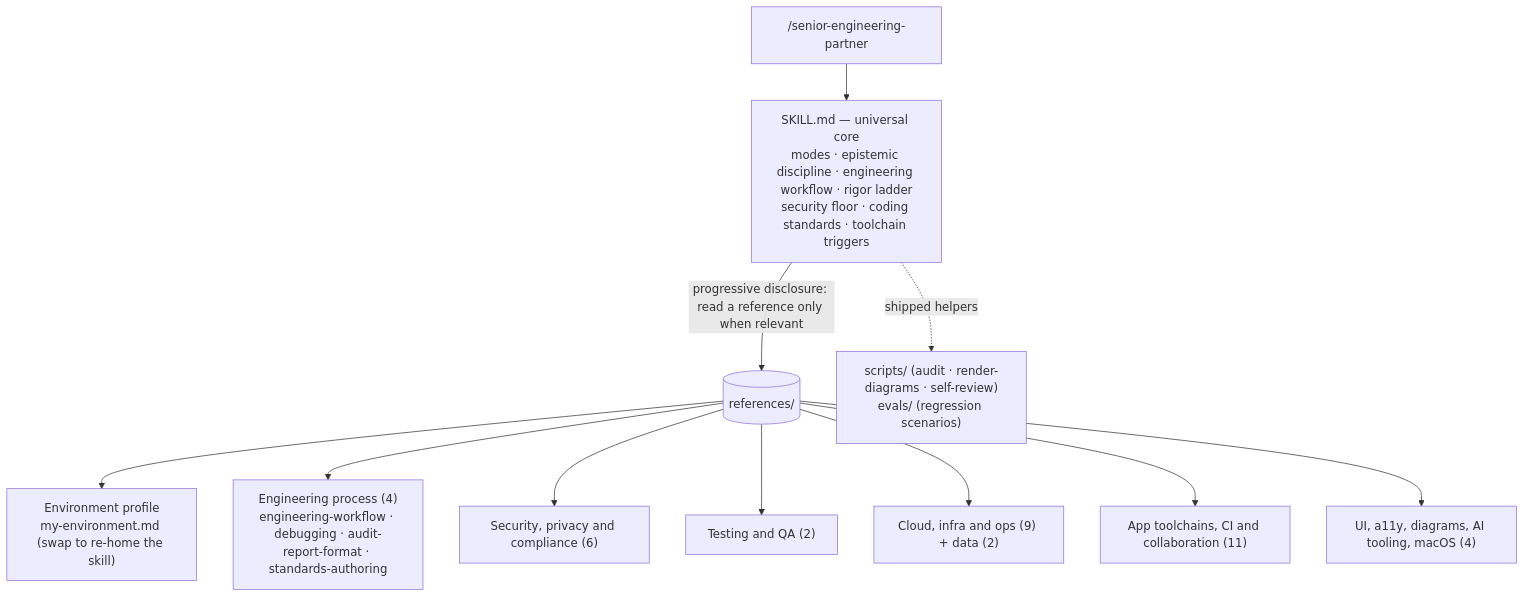
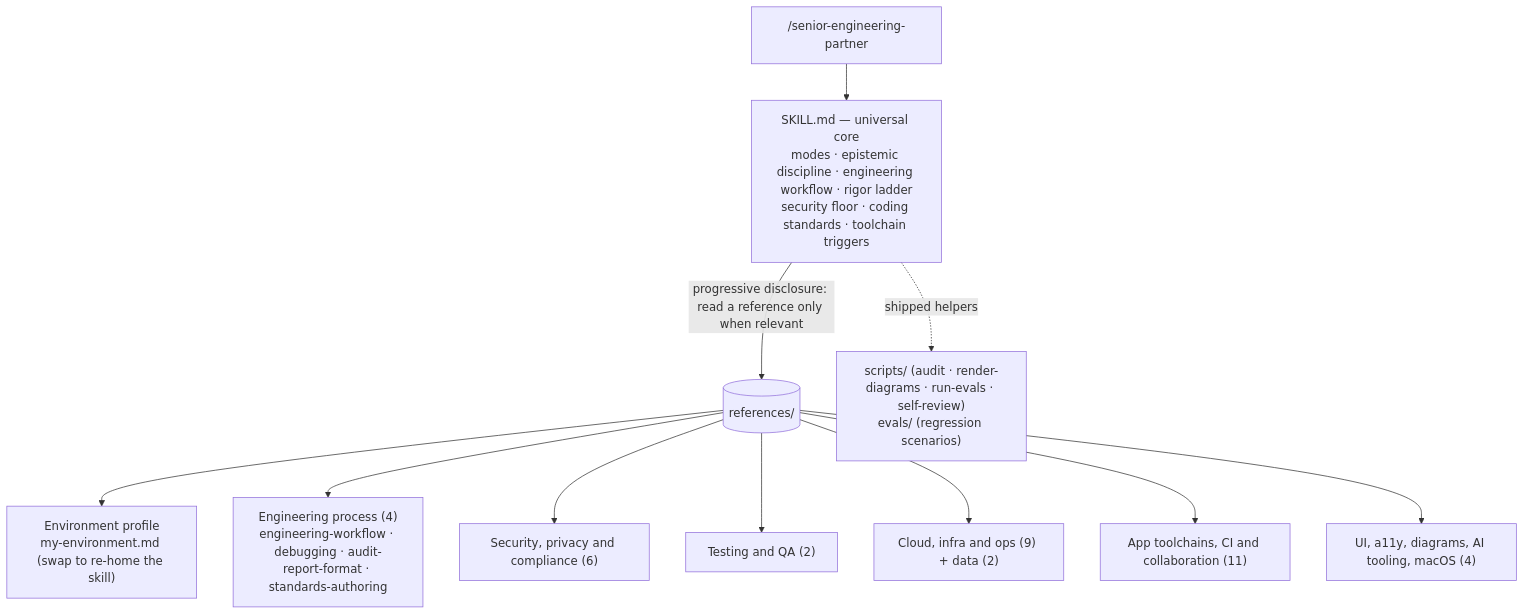
One commit to bjgreenberg/senior-engineering-partner changed the first of 3 diagrams in README.md. Above: the diagram before and after it, drawn with Mermaid. The commit also changed other lines of this file and 3 other files, not shown here.

First line of the commit message:
feat(evals): add a runner that executes the regression suite

````diff
--- a/README.md
+++ b/README.md
@@ -81,14 +81,14 @@
 ```mermaid
 flowchart TD
     U["/senior-engineering-partner"] --> C
     C["SKILL.md — universal core<br/>modes · epistemic discipline · engineering workflow · rigor ladder<br/>security floor · coding standards · toolchain triggers"]
     C -->|"progressive disclosure: read a reference only when relevant"| R[(references/)]
-    C -.->|"shipped helpers"| K["scripts/ (audit · render-diagrams · self-review)<br/>evals/ (regression scenarios)"]
+    C -.->|"shipped helpers"| K["scripts/ (audit · render-diagrams · run-evals · self-review)<br/>evals/ (regression scenarios)"]
     R --> P["Environment profile<br/>my-environment.md (swap to re-home the skill)"]
     R --> W["Engineering process (4)<br/>engineering-workflow · debugging · audit-report-format · standards-authoring"]
     R --> S["Security, privacy and compliance (6)"]
     R --> T["Testing and QA (2)"]
     R --> I["Cloud, infra and ops (9) + data (2)"]
     R --> A["App toolchains, CI and collaboration (11)"]
     R --> X["UI, a11y, diagrams, AI tooling, macOS (4)"]
 ```
````
